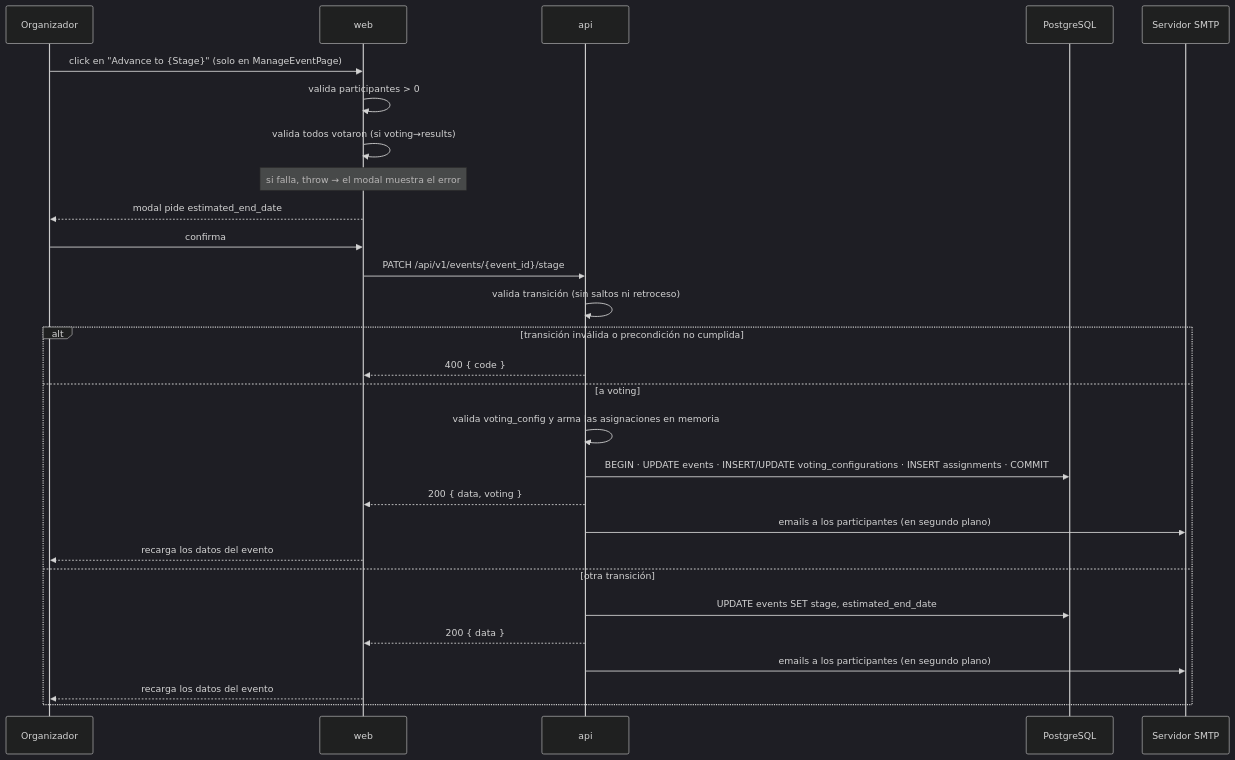
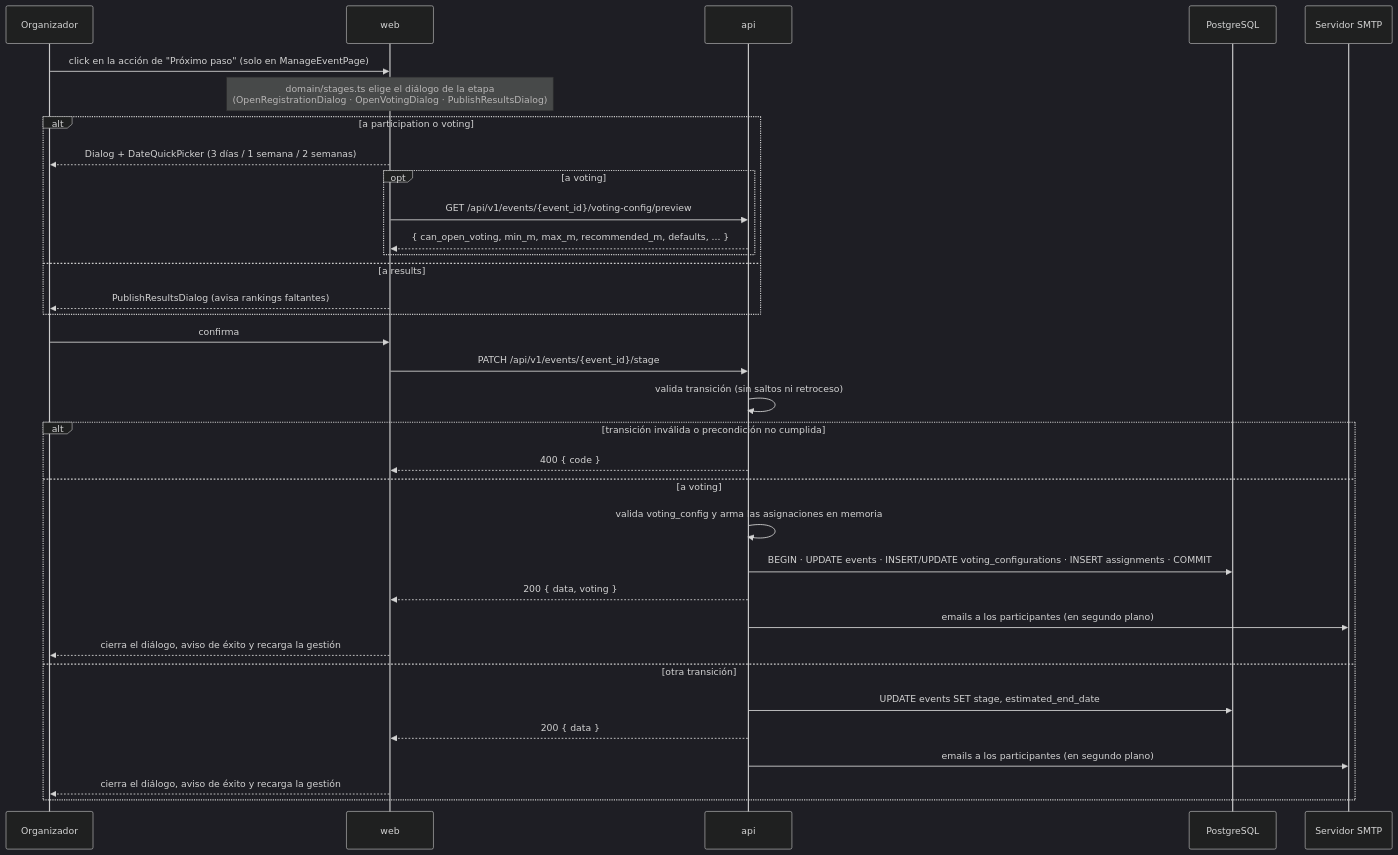
The diagram in docs/flows/avance-de-etapa-del-evento.md (gravadigital/telescope), drawn with Mermaid (dark theme) before and after one commit. The commit also changed other lines of this file and 64 other files, not shown here.

First line of the commit message:
feat(story-S-016/web): gestión del organizador con diálogos por etapa

````diff
--- a/docs/flows/avance-de-etapa-del-evento.md
+++ b/docs/flows/avance-de-etapa-del-evento.md
@@ -59,33 +41,38 @@
 ```mermaid
 sequenceDiagram
     participant O as Organizador
     participant WEB as web
     participant API as api
     participant DB as PostgreSQL
     participant SMTP as Servidor SMTP
 
-    O->>WEB: click en "Advance to {Stage}" (solo en ManageEventPage)
+    O->>WEB: click en la acción de "Próximo paso" (solo en ManageEventPage)
+    Note over WEB: domain/stages.ts elige el diálogo de la etapa<br/>(OpenRegistrationDialog · OpenVotingDialog · PublishResultsDialog)
 
-    WEB->>WEB: valida participantes > 0
-    WEB->>WEB: valida todos votaron (si voting→results)
-    Note over WEB: si falla, throw → el modal muestra el error
-
-    WEB-->>O: modal pide estimated_end_date
+    alt a participation o voting
+        WEB-->>O: Dialog + DateQuickPicker (3 días / 1 semana / 2 semanas)
+        opt a voting
+            WEB->>API: GET /api/v1/events/{event_id}/voting-config/preview
+            API-->>WEB: { can_open_voting, min_m, max_m, recommended_m, defaults, ... }
+        end
+    else a results
+        WEB-->>O: PublishResultsDialog (avisa rankings faltantes)
+    end
     O->>WEB: confirma
     WEB->>API: PATCH /api/v1/events/{event_id}/stage
     API->>API: valida transición (sin saltos ni retroceso)
     alt transición inválida o precondición no cumplida
         API-->>WEB: 400 { code }
     else a voting
         API->>API: valida voting_config y arma las asignaciones en memoria
         API->>DB: BEGIN · UPDATE events · INSERT/UPDATE voting_configurations · INSERT assignments · COMMIT
         API-->>WEB: 200 { data, voting }
         API->>SMTP: emails a los participantes (en segundo plano)
-        WEB-->>O: recarga los datos del evento
+        WEB-->>O: cierra el diálogo, aviso de éxito y recarga la gestión
     else otra transición
         API->>DB: UPDATE events SET stage, estimated_end_date
         API-->>WEB: 200 { data }
         API->>SMTP: emails a los participantes (en segundo plano)
-        WEB-->>O: recarga los datos del evento
+        WEB-->>O: cierra el diálogo, aviso de éxito y recarga la gestión
     end
 ```
````
